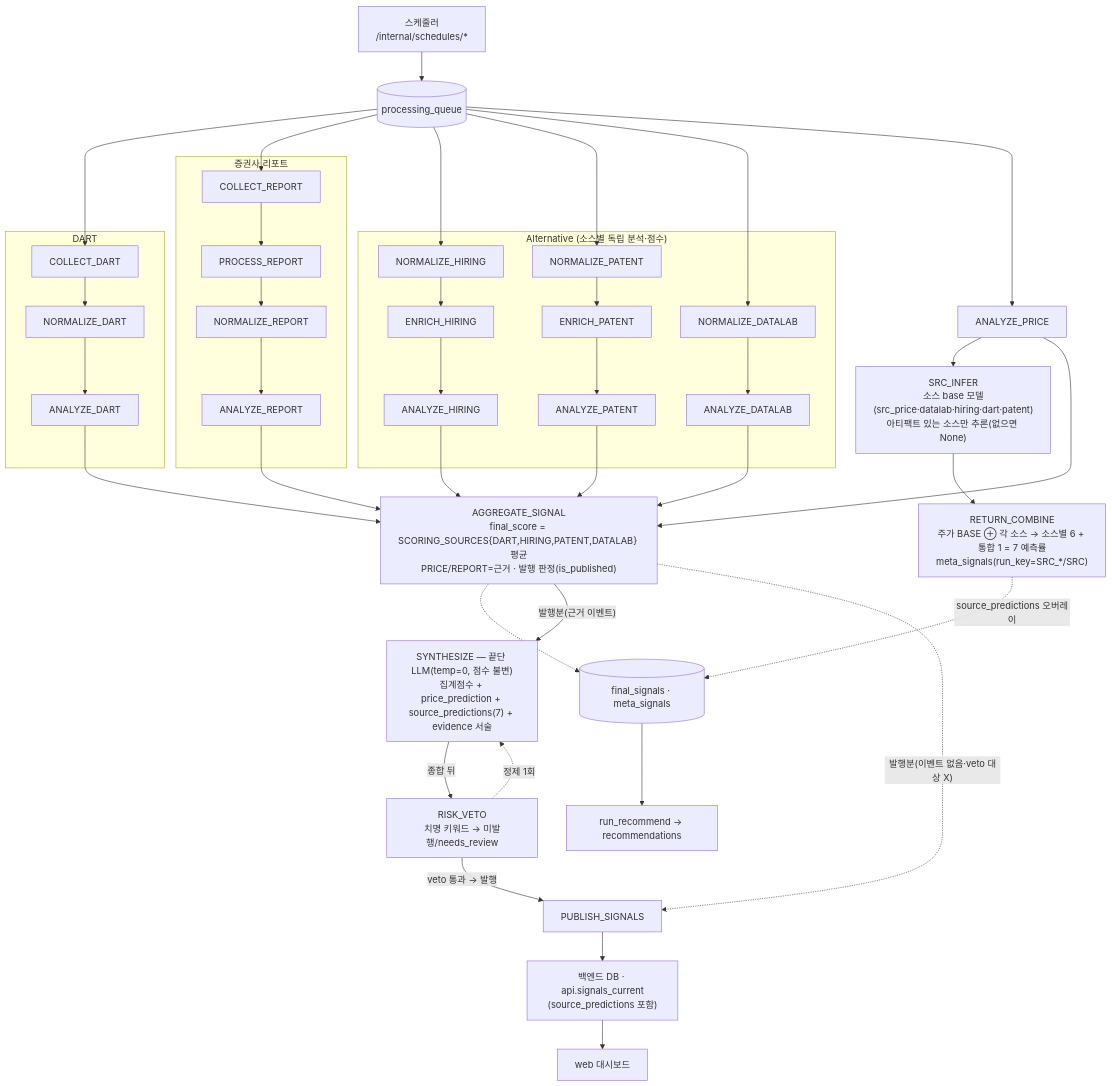
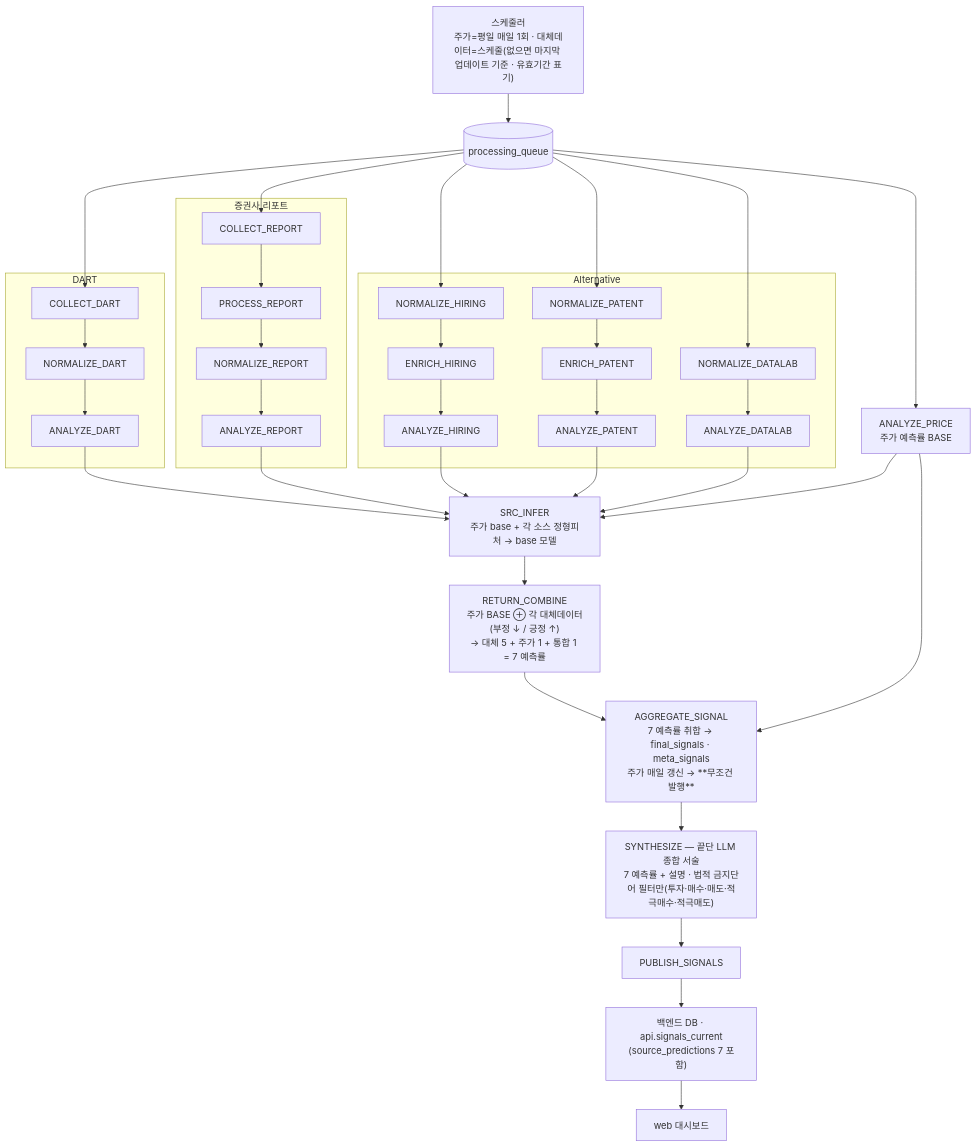
Before and after one commit to AIX14-3/signal-alpha: the first of 2 diagrams in docs/spec/worker-pipeline-detailed.md, drawn with Mermaid. The commit also changed other lines of this file and 2 other files, not shown here.

First line of the commit message:
docs(설계): 목표 설계로 재작성 — 7예측률 무조건 발행, 근거·RISK_VETO·run_recommend 폐기

````diff
--- a/docs/spec/worker-pipeline-detailed.md
+++ b/docs/spec/worker-pipeline-detailed.md
@@ -10,47 +15,40 @@
 ```mermaid
 flowchart TB
-  sch["스케줄러<br/>/internal/schedules/*"] --> Q[("processing_queue")]
+  sch["스케줄러<br/>주가=평일 매일 1회 · 대체데이터=스케줄(없으면 마지막 업데이트 기준 · 유효기간 표기)"] --> Q[("processing_queue")]
 
   subgraph DART
     cd[COLLECT_DART] --> nd[NORMALIZE_DART] --> ad[ANALYZE_DART]
   end
   subgraph REPORT["증권사 리포트"]
     cr[COLLECT_REPORT] --> prc[PROCESS_REPORT] --> nr[NORMALIZE_REPORT] --> ar[ANALYZE_REPORT]
   end
-  subgraph ALT["Alternative (소스별 독립 분석·점수)"]
+  subgraph ALT["Alternative"]
     nh[NORMALIZE_HIRING] --> eh[ENRICH_HIRING] --> ah[ANALYZE_HIRING]
     npa[NORMALIZE_PATENT] --> ep[ENRICH_PATENT] --> apa[ANALYZE_PATENT]
     ndl[NORMALIZE_DATALAB] --> adl[ANALYZE_DATALAB]
   end
-  ap[ANALYZE_PRICE]
+  ap[ANALYZE_PRICE<br/>주가 예측률 BASE]
 
   Q --> cd
   Q --> cr
   Q --> nh
   Q --> npa
   Q --> ndl
   Q --> ap
 
-  %% 메타러너 예측 라인 (주가 BASE 앵커 + 대체데이터 가산)
-  ap --> si["SRC_INFER<br/>소스 base 모델(src_price·datalab·hiring·dart·patent)<br/>아티팩트 있는 소스만 추론(없으면 None)"]
-  si --> rc["RETURN_COMBINE<br/>주가 BASE ⊕ 각 소스 → 소스별 6 + 통합 1 = 7 예측률<br/>meta_signals(run_key=SRC_*/SRC)"]
+  %% 예측률 결합 (주가 BASE ⊕ 각 대체데이터)
+  ap --> si["SRC_INFER<br/>주가 base + 각 소스 정형피처 → base 모델"]
+  ad --> si
+  ar --> si
+  ah --> si
+  apa --> si
+  adl --> si
+  si --> rc["RETURN_COMBINE<br/>주가 BASE ⊕ 각 대체데이터(부정 ↓ / 긍정 ↑)<br/>→ 대체 5 + 주가 1 + 통합 1 = 7 예측률"]
 
-  ad --> agg
-  ar --> agg
-  ah --> agg
-  apa --> agg
-  adl --> agg
+  rc --> agg["AGGREGATE_SIGNAL<br/>7 예측률 취합 → final_signals · meta_signals<br/>주가 매일 갱신 → **무조건 발행**"]
   ap --> agg
-  agg["AGGREGATE_SIGNAL<br/>final_score = SCORING_SOURCES{DART,HIRING,PATENT,DATALAB} 평균<br/>PRICE/REPORT=근거 · 발행 판정(is_published)"]
 
-  rc -. "source_predictions 오버레이" .-> fsig[("final_signals · meta_signals")]
-  agg -.-> fsig
-
-  agg -- "발행분(근거 이벤트)" --> sy["SYNTHESIZE — 끝단 LLM(temp=0, 점수 불변)<br/>집계점수 + price_prediction + source_predictions(7) + evidence 서술"]
-  sy -- "종합 뒤" --> rv["RISK_VETO<br/>치명 키워드 → 미발행/needs_review"]
-  rv -. "정제 1회" .-> sy
-  rv -- "veto 통과 → 발행" --> pub[PUBLISH_SIGNALS]
-  agg -. "발행분(이벤트 없음·veto 대상 X)" .-> pub
-  pub --> api["백엔드 DB · api.signals_current<br/>(source_predictions 포함)"] --> web[web 대시보드]
-  fsig --> rec["run_recommend → recommendations"]
+  agg --> sy["SYNTHESIZE — 끝단 LLM 종합 서술<br/>7 예측률 + 설명 · 법적 금지단어 필터만(투자·매수·매도·적극매수·적극매도)"]
+  sy --> pub[PUBLISH_SIGNALS]
+  pub --> api["백엔드 DB · api.signals_current<br/>(source_predictions 7 포함)"] --> web[web 대시보드]
 ```
````
